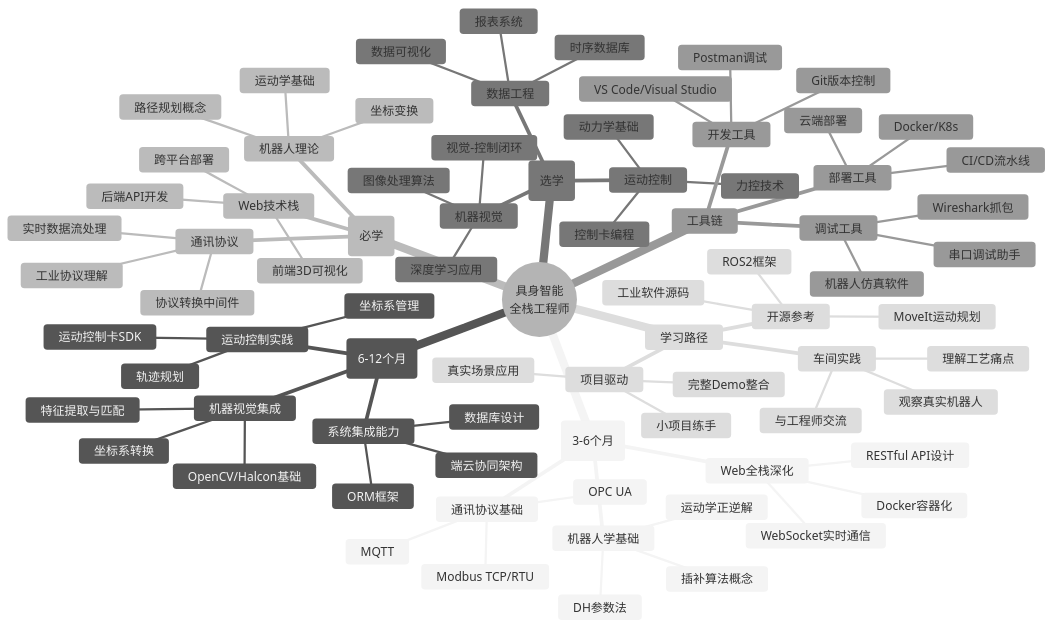
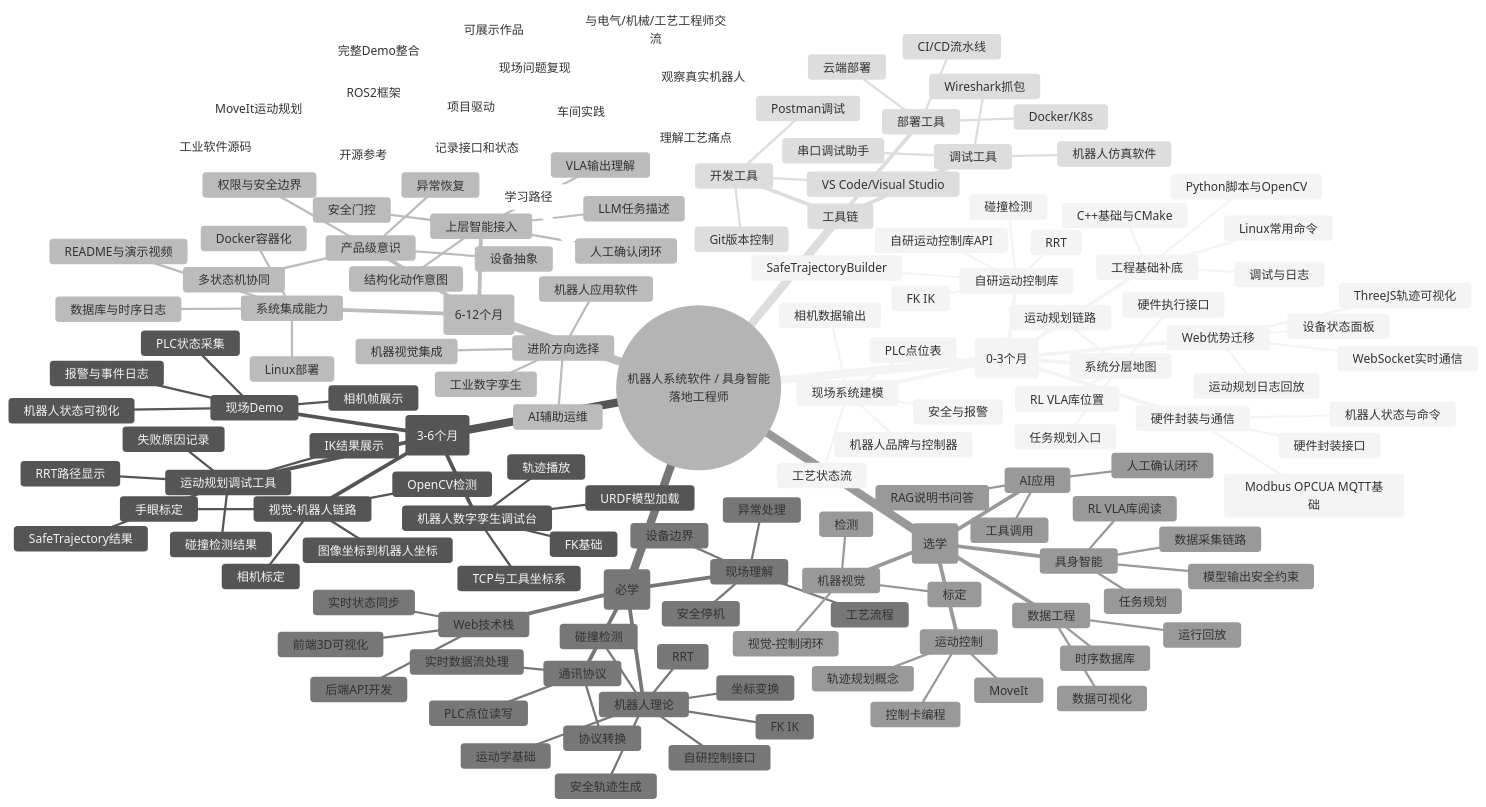
The diagram in source/_posts/CareerPlan-EAI.md (QQstone/qqsnote), drawn with Mermaid (neutral theme) before and after one commit. The commit also changed other lines of this file and 6 other files, not shown here.

````diff
--- a/source/_posts/CareerPlan-EAI.md
+++ b/source/_posts/CareerPlan-EAI.md
@@ -22,61 +59,130 @@
 ```mermaid
 mindmap
-  root((具身智能<br/>全栈工程师))
-    近期目标(3-6个月)
-      通讯协议基础
-        Modbus TCP/RTU
-        OPC UA
-        MQTT
-      机器人学基础
-        DH参数法
-        运动学正逆解
-        插补算法概念
-      Web全栈深化
+  root((机器人系统软件 / 具身智能落地工程师))
+    近期目标(0-3个月)
+      系统分层地图
+        RL VLA库位置
+        任务规划入口
+        运动规划链路
+        硬件执行接口
+      现场系统建模
+        机器人品牌与控制器
+        PLC点位表
+        相机数据输出
+        工艺状态流
+        安全与报警
+      工程基础补底
+        Linux常用命令
+        Python脚本与OpenCV
+        C++基础与CMake
+        调试与日志
+      自研运动控制库
+        自研运动控制库API
+        FK IK
+        碰撞检测
+        RRT
+        SafeTrajectoryBuilder
+      硬件封装与通信
+        硬件封装接口
+        机器人状态与命令
+        Modbus OPCUA MQTT基础
+      Web优势迁移
         WebSocket实时通信
-        RESTful API设计
+        设备状态面板
+        运动规划日志回放
+        ThreeJS轨迹可视化
+    
+    中期目标(3-6个月)
+      运动规划调试工具
+        IK结果展示
+        碰撞检测结果
+        RRT路径显示
+        SafeTrajectory结果
+        失败原因记录
+      视觉-机器人链路
+        相机标定
+        手眼标定
+        OpenCV检测
+        图像坐标到机器人坐标
+      机器人数字孪生调试台
+        URDF模型加载
+        FK基础
+        TCP与工具坐标系
+        轨迹播放
+      现场Demo
+        PLC状态采集
+        相机帧展示
+        机器人状态可视化
+        报警与事件日志
+    
+    长期目标(6-12个月)
+      产品级意识
+        设备抽象
+        多状态机协同
+        异常恢复
+        权限与安全边界
+      上层智能接入
+        LLM任务描述
+        VLA输出理解
+        结构化动作意图
+        人工确认闭环
+        安全门控
+      系统集成能力
+        Linux部署
         Docker容器化
-    
-    中期目标(6-12个月)
-      机器视觉集成
-        OpenCV/Halcon基础
-        特征提取与匹配
-        坐标系转换
-      运动控制实践
-        运动控制卡SDK
-        坐标系管理
-        轨迹规划
-      系统集成能力
-        数据库设计
-        ORM框架
-        端云协同架构
+        数据库与时序日志
+        README与演示视频
+      进阶方向选择
+        机器人应用软件
+        工业数字孪生
+        机器视觉集成
+        AI辅助运维
     
     核心技能层(必学)
+      现场理解
+        设备边界
+        工艺流程
+        安全停机
+        异常处理
       通讯协议
-        工业协议理解
-        协议转换中间件
+        PLC点位读写
+        协议转换
         实时数据流处理
       Web技术栈
         前端3D可视化
         后端API开发
-        跨平台部署
+        实时状态同步
       机器人理论
+        自研控制接口
+        FK IK
+        碰撞检测
+        RRT
+        安全轨迹生成
+        坐标变换
         运动学基础
-        坐标变换
-        路径规划概念
     
     扩展技能层(选学)
       机器视觉
-        图像处理算法
-        深度学习应用
+        标定
+        检测
         视觉-控制闭环
       运动控制
         控制卡编程
-        动力学基础
-        力控技术
+        MoveIt
+        轨迹规划概念
+      具身智能
+        RL VLA库阅读
+        数据采集链路
+        任务规划
+        模型输出安全约束
       数据工程
         时序数据库
         数据可视化
-        报表系统
+        运行回放
+      AI应用
+        RAG说明书问答
+        工具调用
+        人工确认闭环
     
     工具链
       开发工具
@@ -94,13 +200,14 @@
     
     学习路径
       项目驱动
-        小项目练手
+        现场问题复现
         完整Demo整合
-        真实场景应用
+        可展示作品
       车间实践
         观察真实机器人
+        记录接口和状态
         理解工艺痛点
-        与工程师交流
+        与电气/机械/工艺工程师交流
       开源参考
         ROS2框架
         MoveIt运动规划
````
